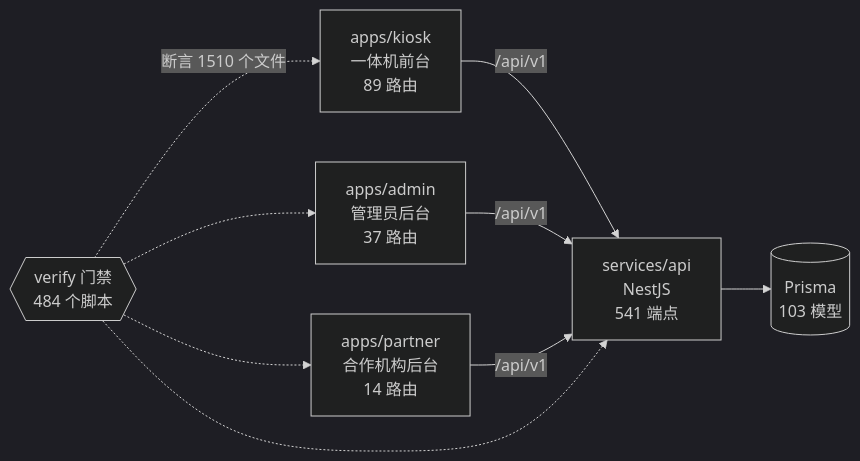
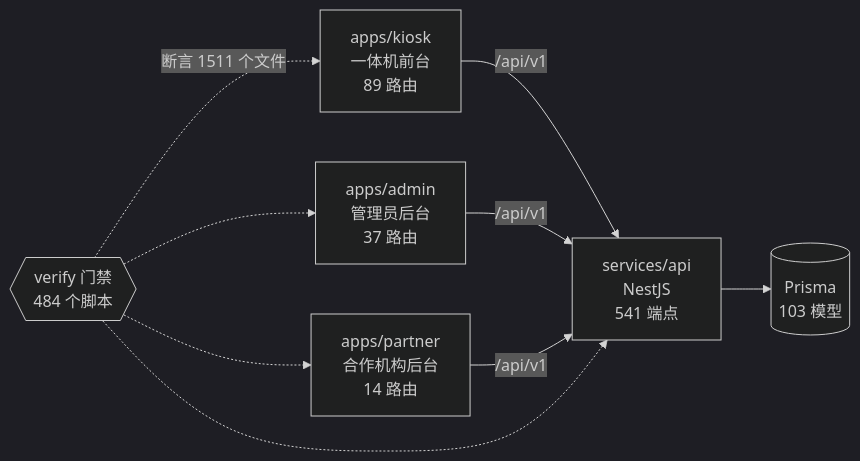
The diagram in docs/graph/README.md (wanglei581/YITIJI), drawn with Mermaid (dark theme) before and after one commit. The commit also changed other lines of this file and 9 other files, not shown here.

First line of the commit message:
feat(api): fill gov screen flow, fleet location, and small twin counts

````diff
--- a/docs/graph/README.md
+++ b/docs/graph/README.md
@@ -68,18 +68,18 @@
 ```mermaid
 flowchart LR
   kiosk["apps/kiosk<br/>一体机前台<br/>89 路由"]
   admin["apps/admin<br/>管理员后台<br/>37 路由"]
   partner["apps/partner<br/>合作机构后台<br/>14 路由"]
   api["services/api<br/>NestJS<br/>541 端点"]
   db[("Prisma<br/>103 模型")]
   gates{{"verify 门禁<br/>484 个脚本"}}
 
   kiosk -->|"/api/v1"| api
   admin -->|"/api/v1"| api
   partner -->|"/api/v1"| api
   api --> db
-  gates -.->|"断言 1510 个文件"| kiosk
+  gates -.->|"断言 1511 个文件"| kiosk
   gates -.-> admin
   gates -.-> partner
   gates -.-> api
 ```
````
